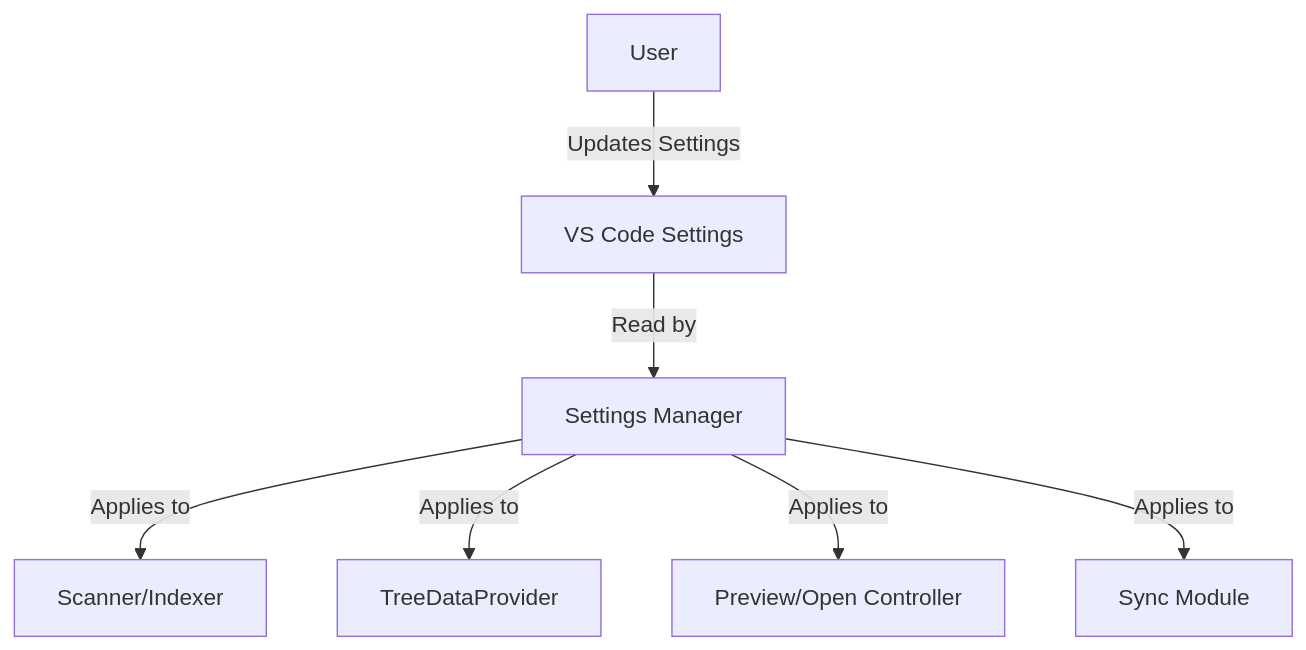
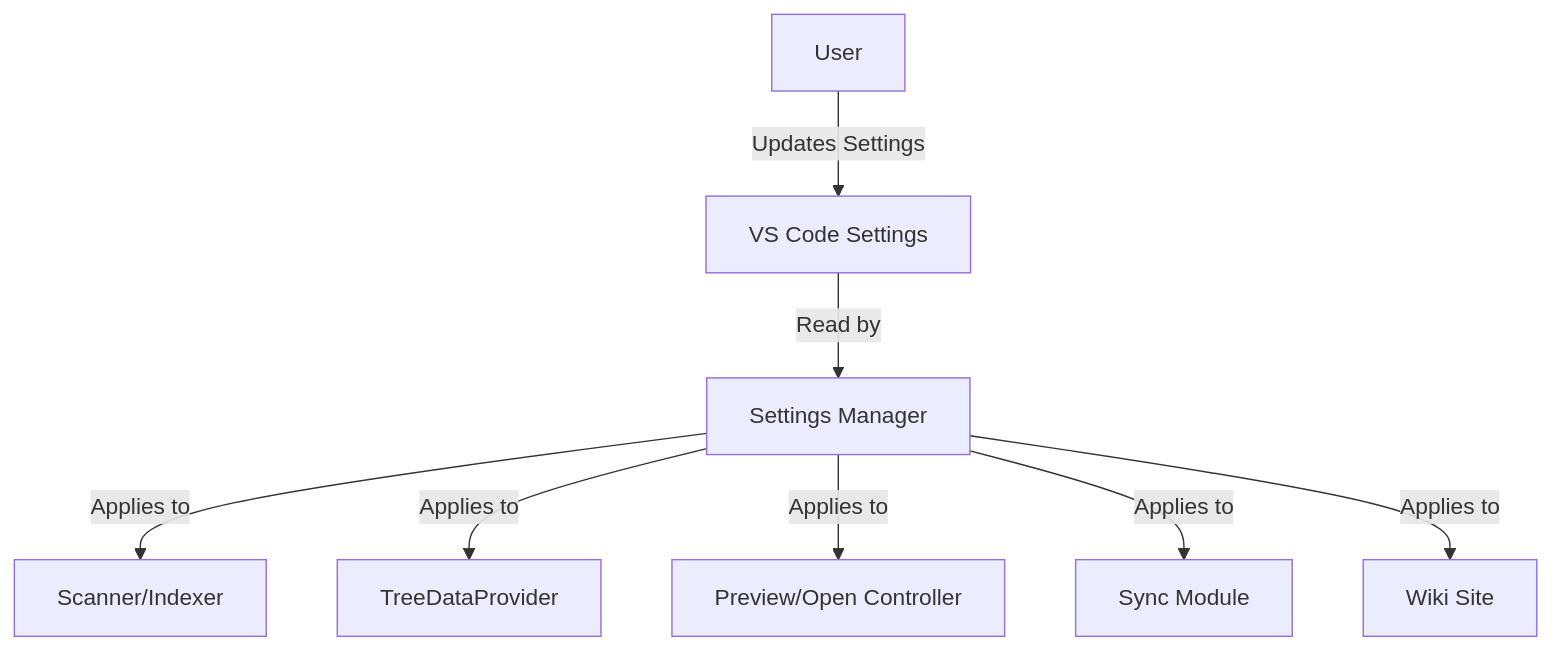
Before and after one commit to AlexJSully/workspace-wiki: the diagram in docs/architecture/settings.md, drawn with Mermaid. The commit also changed other lines of this file and 91 other files, not shown here.

First line of the commit message:
Add Wiki Site web view with navigation, search, and themes (#51)

````diff
--- a/docs/architecture/settings.md
+++ b/docs/architecture/settings.md
@@ -48,11 +54,12 @@
 ```mermaid
 flowchart TD
 	accTitle: Settings Application Flow
-	accDescr: Shows how user settings flow from VS Code Settings through the Settings Manager and are applied to each module - Scanner, TreeDataProvider, Preview Controller, and Sync Module.
+	accDescr: Shows how user settings flow from VS Code Settings through the Settings Manager and are applied to each module - Scanner, TreeDataProvider, Preview Controller, Sync Module, and Wiki Site.
 	A[User] -->|Updates Settings| B[VS Code Settings]
 	B -->|Read by| C[Settings Manager]
 	C -->|Applies to| D[Scanner/Indexer]
 	C -->|Applies to| E[TreeDataProvider]
 	C -->|Applies to| F[Preview/Open Controller]
 	C -->|Applies to| G[Sync Module]
+	C -->|Applies to| H[Wiki Site]
 ```
````
